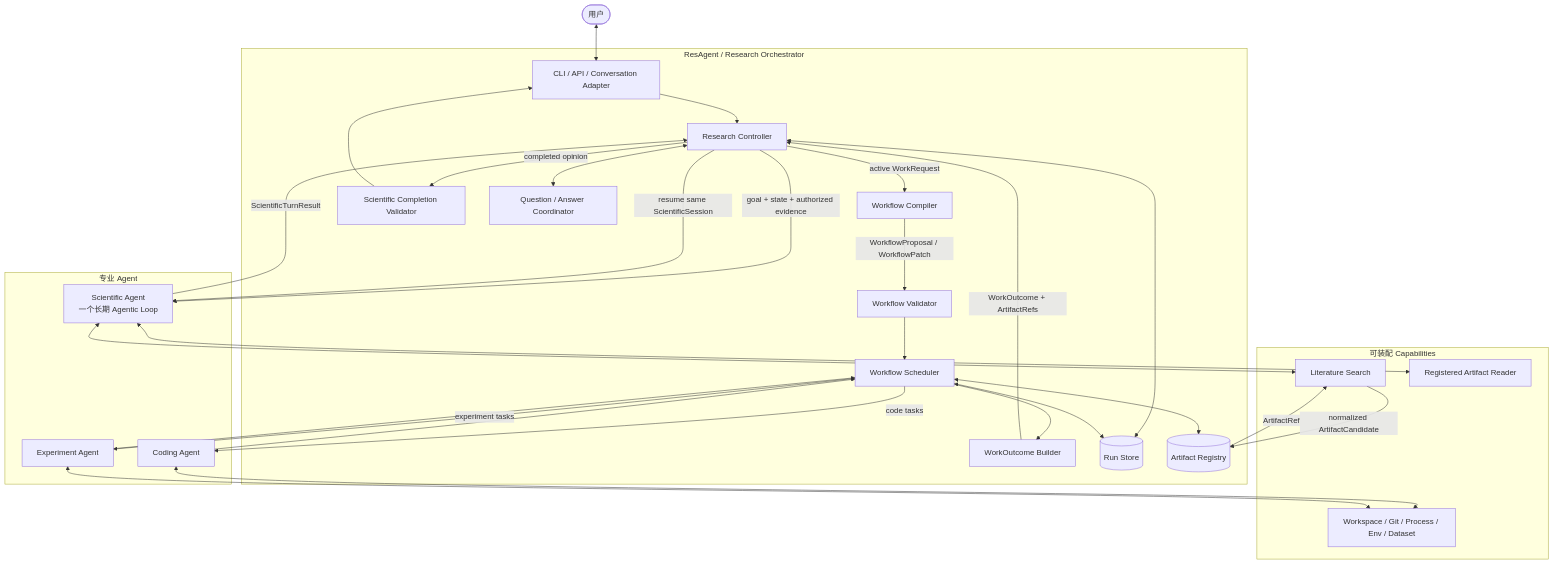
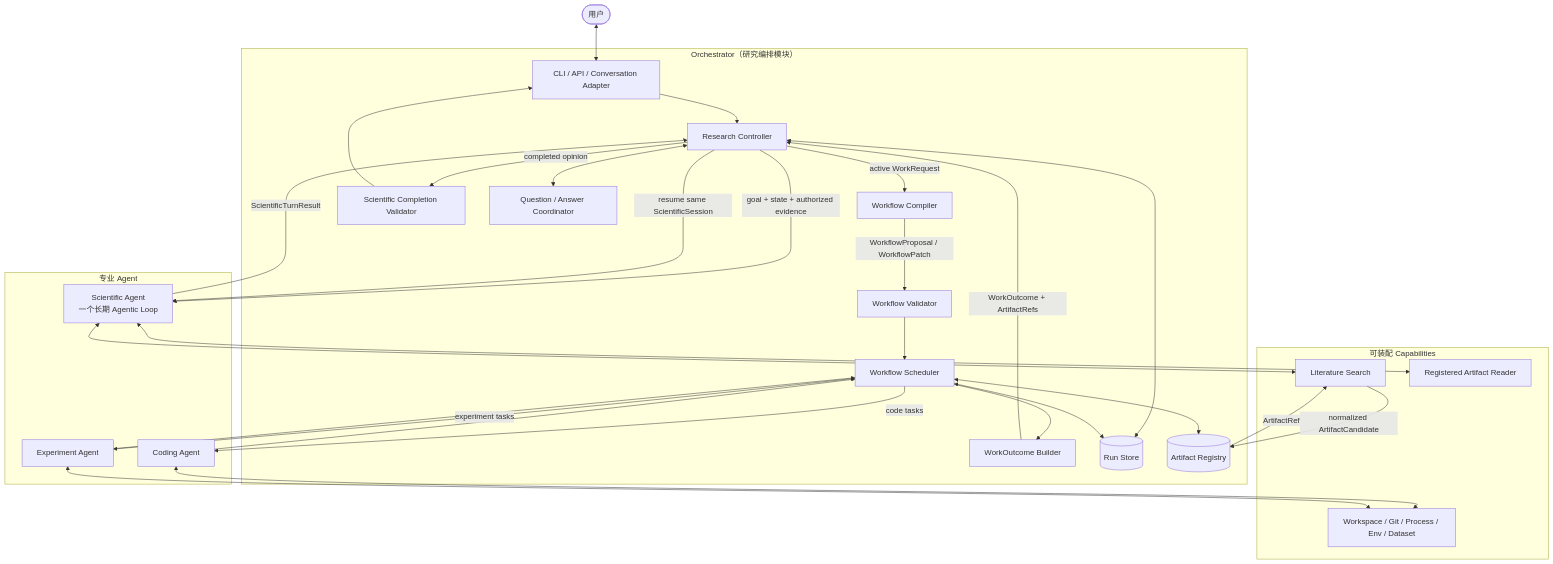
One commit to ylc123456789/ResAgent2 changed the first of 4 diagrams in docs/ARCHITECTURE.md. Above: the diagram before and after it, drawn with Mermaid. The commit also changed other lines of this file and 6 other files, not shown here.

Commit message:
docs: simplify architecture vocabulary and reading entry

````diff
--- a/docs/ARCHITECTURE.md
+++ b/docs/ARCHITECTURE.md
@@ -109,52 +109,52 @@
 ```mermaid
 flowchart TB
     User([用户])
-    subgraph Res[ResAgent / Research Orchestrator]
+    subgraph Res[Orchestrator（研究编排模块）]
         Entry[CLI / API / Conversation Adapter]
         Controller[Research Controller]
         Compiler[Workflow Compiler]
         Validator[Workflow Validator]
         Scheduler[Workflow Scheduler]
         Outcome[WorkOutcome Builder]
         Gate[Scientific Completion Validator]
         RunStore[(Run Store)]
         Registry[(Artifact Registry)]
         QA[Question / Answer Coordinator]
     end
     subgraph Agents[专业 Agent]
         Sci[Scientific Agent\n一个长期 Agentic Loop]
         Code[Coding Agent]
         Exp[Experiment Agent]
     end
     subgraph Caps[可装配 Capabilities]
         Lit[Literature Search]
         ReadArt[Registered Artifact Reader]
         Exec[Workspace / Git / Process / Env / Dataset]
     end
     User <--> Entry
     Entry --> Controller
     Controller -->|goal + state + authorized evidence| Sci
     Sci -->|ScientificTurnResult| Controller
     Controller -->|completed opinion| Gate
     Gate --> Entry
     Controller -->|active WorkRequest| Compiler
     Compiler -->|WorkflowProposal / WorkflowPatch| Validator
     Validator --> Scheduler
     Scheduler -->|code tasks| Code
     Scheduler -->|experiment tasks| Exp
     Code --> Scheduler
     Exp --> Scheduler
     Scheduler --> Outcome
     Outcome -->|WorkOutcome + ArtifactRefs| Controller
     Controller -->|resume same ScientificSession| Sci
     Sci <--> Lit
     Sci <--> ReadArt
     Lit -->|normalized ArtifactCandidate| Registry
     Registry -->|ArtifactRef| Lit
     Code <--> Exec
     Exp <--> Exec
     Controller <--> QA
     Controller <--> RunStore
     Scheduler <--> RunStore
     Scheduler <--> Registry
 ```
````
